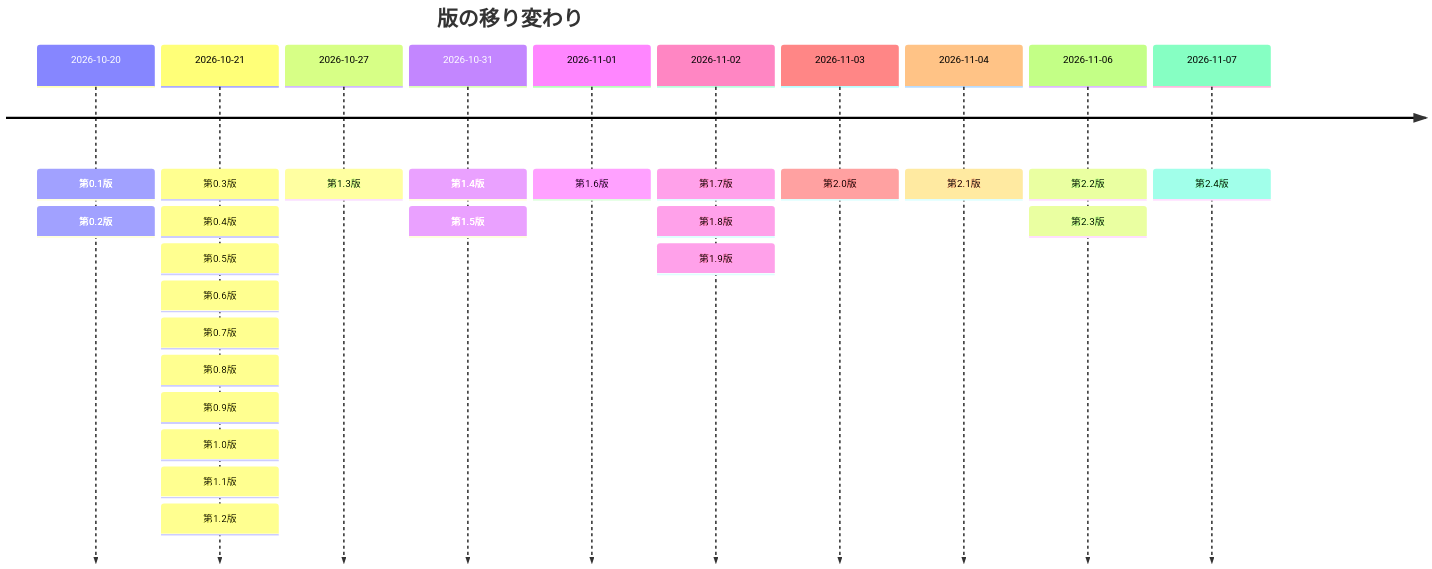
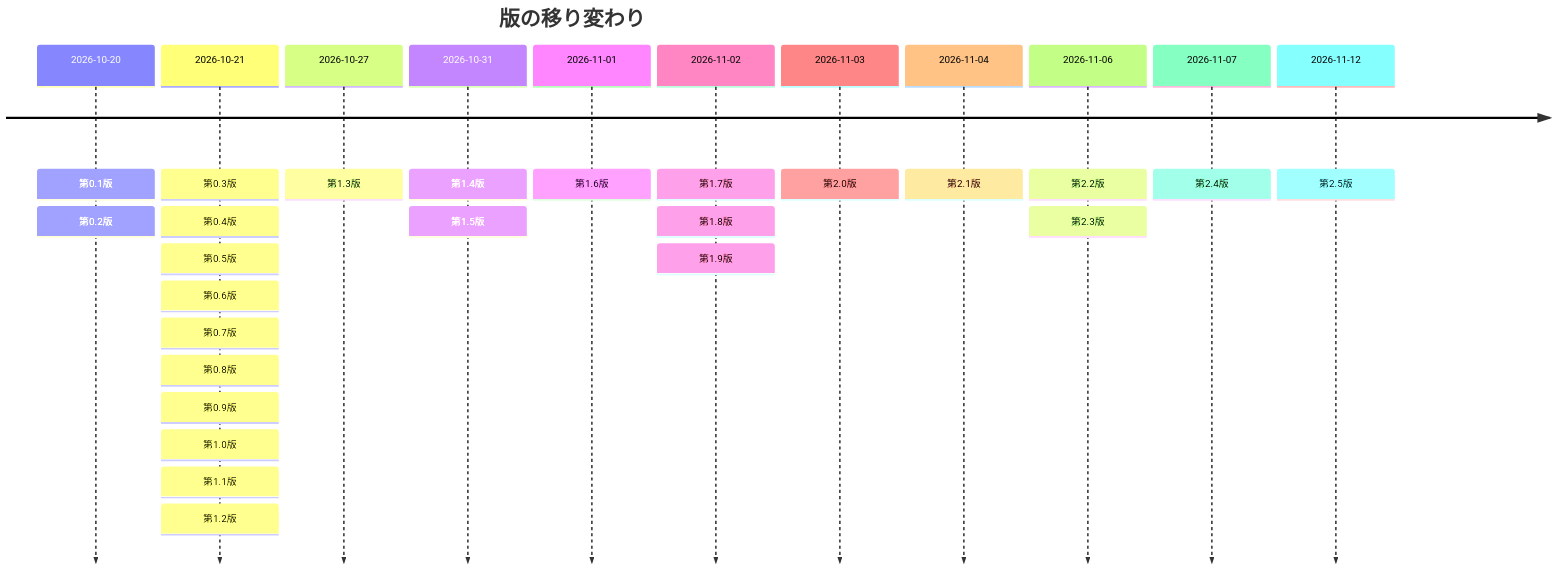
The fourth of 4 diagrams in documents/モジュールテスト仕様書_RPG学習アプリ.md (pocarialice/rpglearning), drawn with Mermaid before and after one commit. The commit also changed other lines of this file and 11 other files, not shown here.

````diff
--- a/documents/モジュールテスト仕様書_RPG学習アプリ.md
+++ b/documents/モジュールテスト仕様書_RPG学習アプリ.md
@@ -1580,14 +1582,15 @@
 ```mermaid
 timeline
   title 版の移り変わり
   2026-10-20 : 第0.1版 : 第0.2版
   2026-10-21 : 第0.3版 : 第0.4版 : 第0.5版 : 第0.6版 : 第0.7版 : 第0.8版 : 第0.9版 : 第1.0版 : 第1.1版 : 第1.2版
   2026-10-27 : 第1.3版
   2026-10-31 : 第1.4版 : 第1.5版
   2026-11-01 : 第1.6版
   2026-11-02 : 第1.7版 : 第1.8版 : 第1.9版
   2026-11-03 : 第2.0版
   2026-11-04 : 第2.1版
   2026-11-06 : 第2.2版 : 第2.3版
   2026-11-07 : 第2.4版
+  2026-11-12 : 第2.5版
 ```
````
